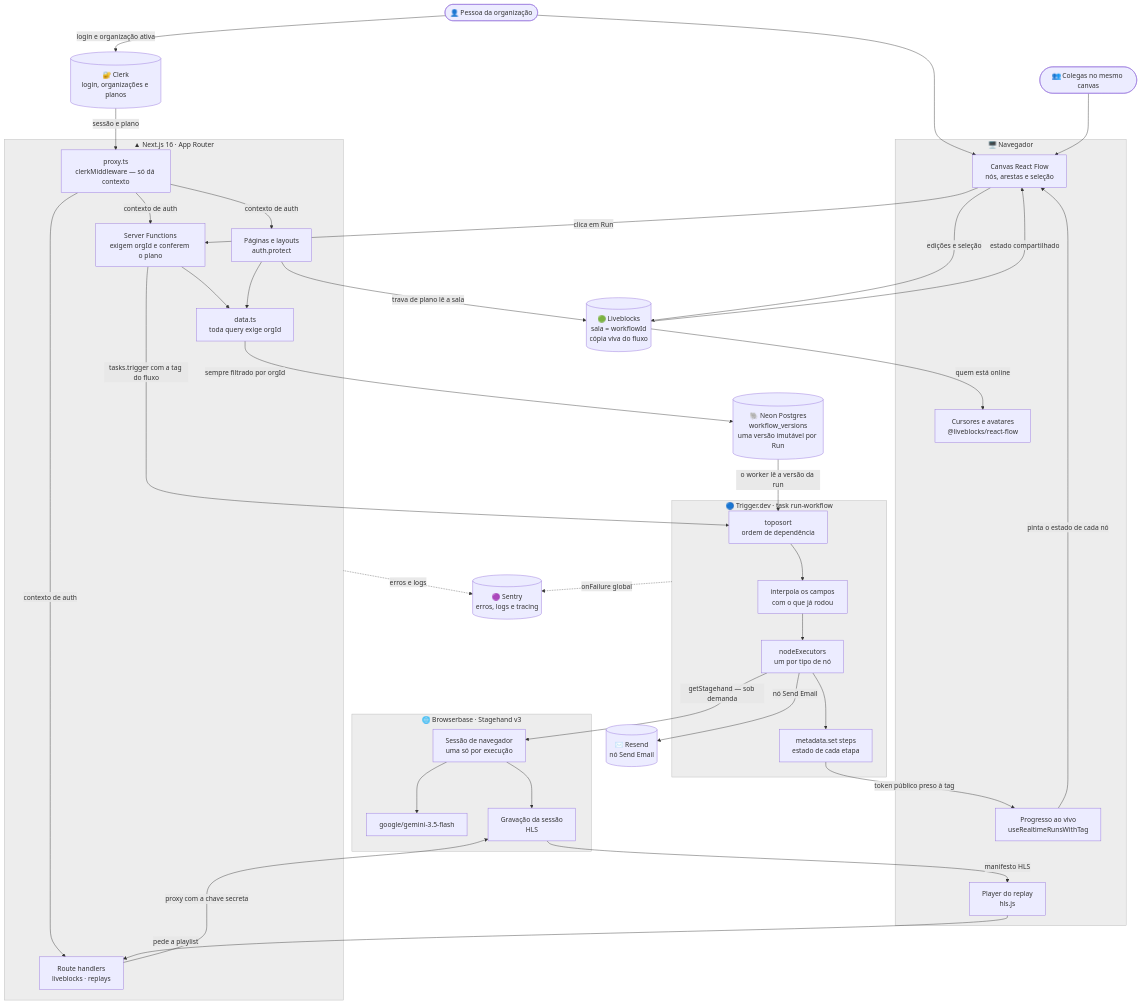
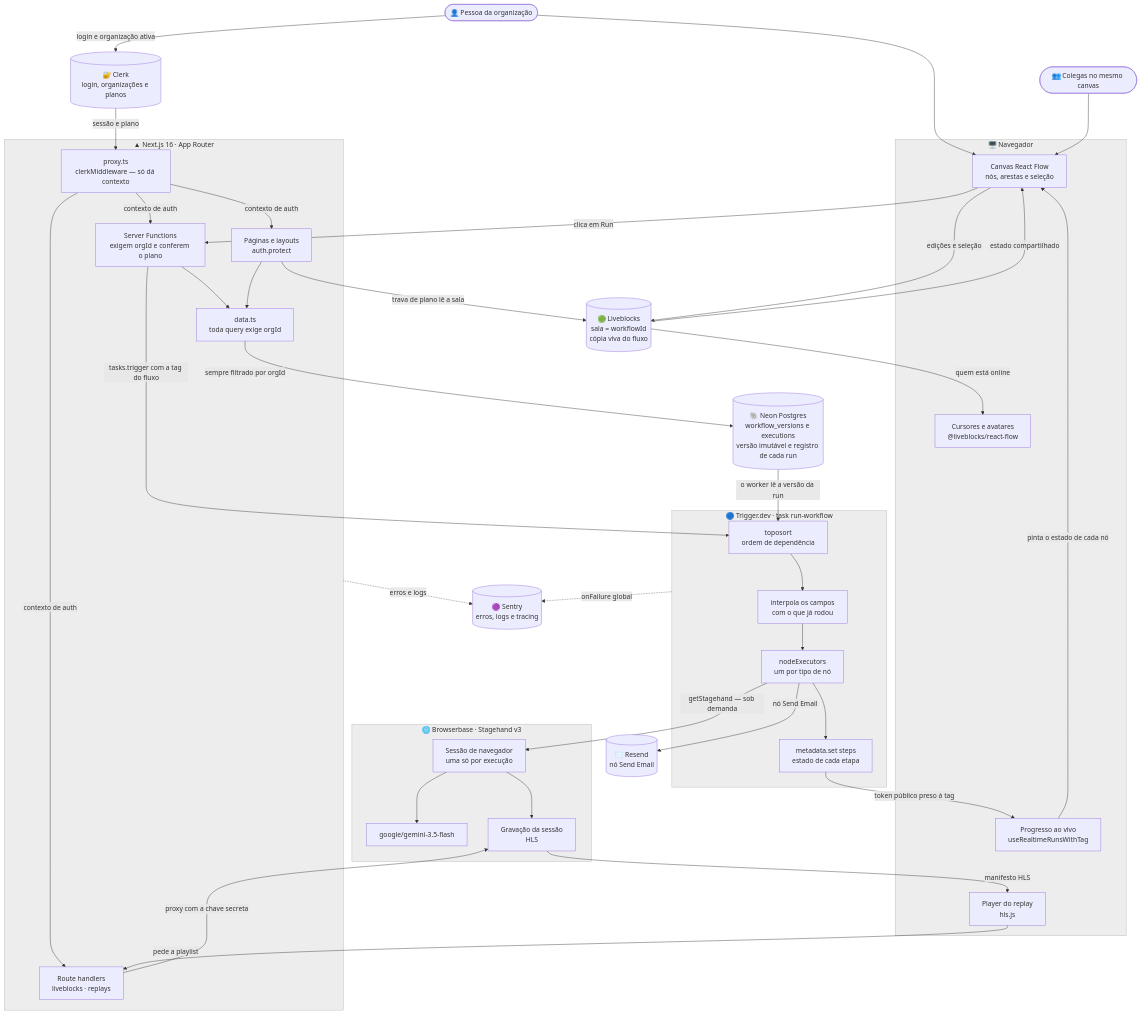
The fifth of 6 diagrams in README.md (renatomf/nextjs-switchboard), drawn with Mermaid before and after one commit. The commit also changed other lines of this file and 2 other files, not shown here.

First line of the commit message:
docs: record the executions table (ADR 0003)

````diff
--- a/README.md
+++ b/README.md
@@ -284,78 +290,78 @@
 ```mermaid
 %%{init: {'themeVariables': {'clusterBkg': 'rgba(127,127,127,0.14)', 'clusterBorder': 'rgba(127,127,127,0.50)', 'noteBkgColor': 'rgba(127,127,127,0.14)', 'noteBorderColor': 'rgba(127,127,127,0.50)', 'labelBoxBkgColor': 'rgba(127,127,127,0.14)', 'labelBoxBorderColor': 'rgba(127,127,127,0.50)'}}}%%
 flowchart TB
     Pessoa(["👤 Pessoa da organização"])
     Colega(["👥 Colegas no mesmo canvas"])
 
     subgraph Nav["🖥️ Navegador"]
         Canvas["Canvas React Flow<br/>nós, arestas e seleção"]
         Presenca["Cursores e avatares<br/>@liveblocks/react-flow"]
         Assina["Progresso ao vivo<br/>useRealtimeRunsWithTag"]
         Player["Player do replay<br/>hls.js"]
     end
 
     subgraph Web["▲ Next.js 16 · App Router"]
         Proxy["proxy.ts<br/>clerkMiddleware — só dá contexto"]
         Paginas["Páginas e layouts<br/>auth.protect"]
         Actions["Server Functions<br/>exigem orgId e conferem o plano"]
         Rotas["Route handlers<br/>liveblocks · replays"]
         Dados["data.ts<br/>toda query exige orgId"]
     end
 
     Clerk[("🔐 Clerk<br/>login, organizações e planos")]
     Sala[("🟢 Liveblocks<br/>sala = workflowId<br/>cópia viva do fluxo")]
-    Banco[("🐘 Neon Postgres<br/>workflow_versions<br/>uma versão imutável por Run")]
+    Banco[("🐘 Neon Postgres<br/>workflow_versions e executions<br/>versão imutável e registro de cada run")]
 
     subgraph Worker["🔵 Trigger.dev · task run-workflow"]
         Topo["toposort<br/>ordem de dependência"]
         Interp["interpola os campos<br/>com o que já rodou"]
         Exec["nodeExecutors<br/>um por tipo de nó"]
         Meta["metadata.set steps<br/>estado de cada etapa"]
     end
 
     subgraph BB["🌐 Browserbase · Stagehand v3"]
         Sessao["Sessão de navegador<br/>uma só por execução"]
         Modelo["google/gemini-3.5-flash"]
         Grav["Gravação da sessão<br/>HLS"]
     end
 
     Resend[("✉️ Resend<br/>nó Send Email")]
     Sentry[("🟣 Sentry<br/>erros, logs e tracing")]
 
     Pessoa --> Canvas
     Colega --> Canvas
     Canvas -->|"edições e seleção"| Sala
     Sala -->|"estado compartilhado"| Canvas
     Sala -->|"quem está online"| Presenca
 
     Pessoa -->|"login e organização ativa"| Clerk
     Clerk -->|"sessão e plano"| Proxy
     Proxy -->|"contexto de auth"| Paginas
     Proxy -->|"contexto de auth"| Actions
     Proxy -->|"contexto de auth"| Rotas
 
     Canvas -->|"clica em Run"| Actions
     Paginas -->|"trava de plano lê a sala"| Sala
     Actions --> Dados
     Paginas --> Dados
     Dados -->|"sempre filtrado por orgId"| Banco
 
     Actions -->|"tasks.trigger com a tag do fluxo"| Topo
     Banco -->|"o worker lê a versão da run"| Topo
     Topo --> Interp --> Exec
     Exec --> Meta
     Meta -->|"token público preso à tag"| Assina
     Assina -->|"pinta o estado de cada nó"| Canvas
 
     Exec -->|"getStagehand — sob demanda"| Sessao
     Sessao --> Modelo
     Sessao --> Grav
     Exec -->|"nó Send Email"| Resend
 
     Player -->|"pede a playlist"| Rotas
     Rotas -->|"proxy com a chave secreta"| Grav
     Grav -->|"manifesto HLS"| Player
 
     Web -.->|"erros e logs"| Sentry
     Worker -.->|"onFailure global"| Sentry
 ```
````
